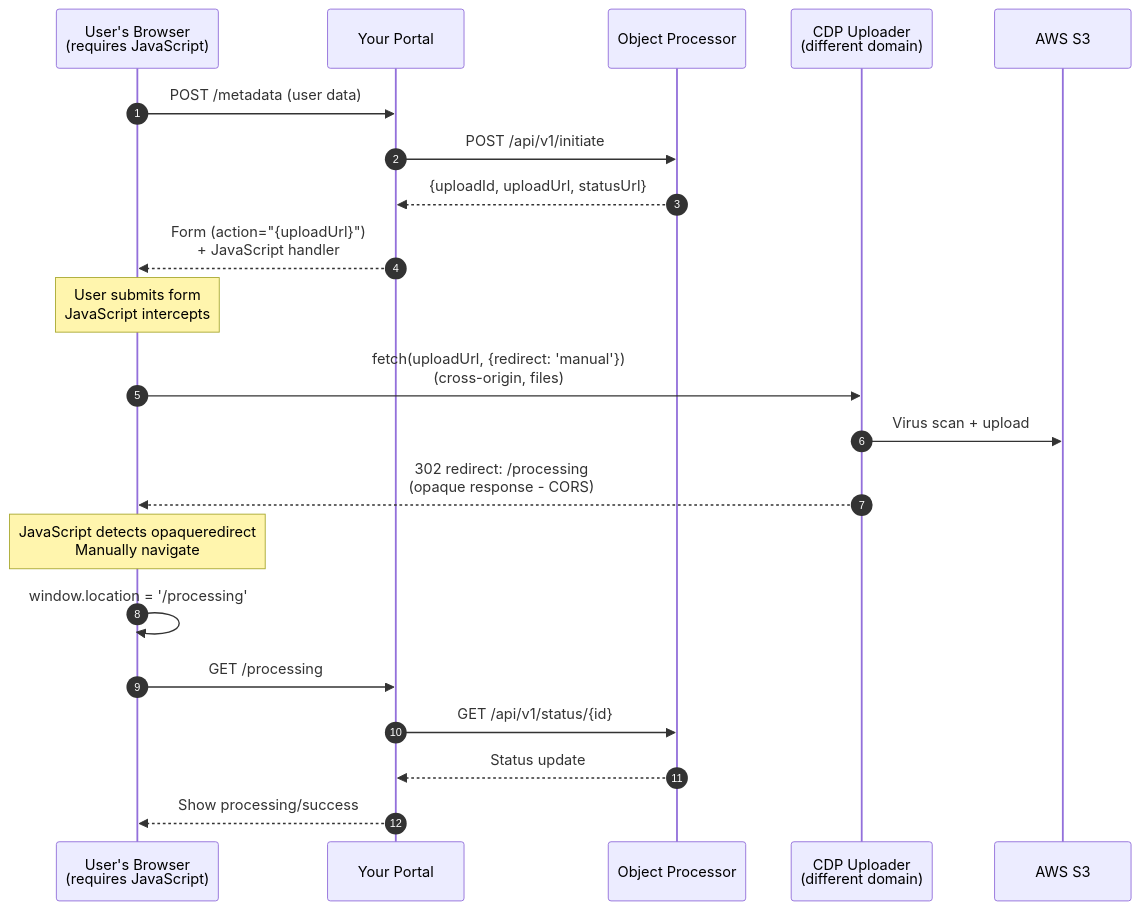
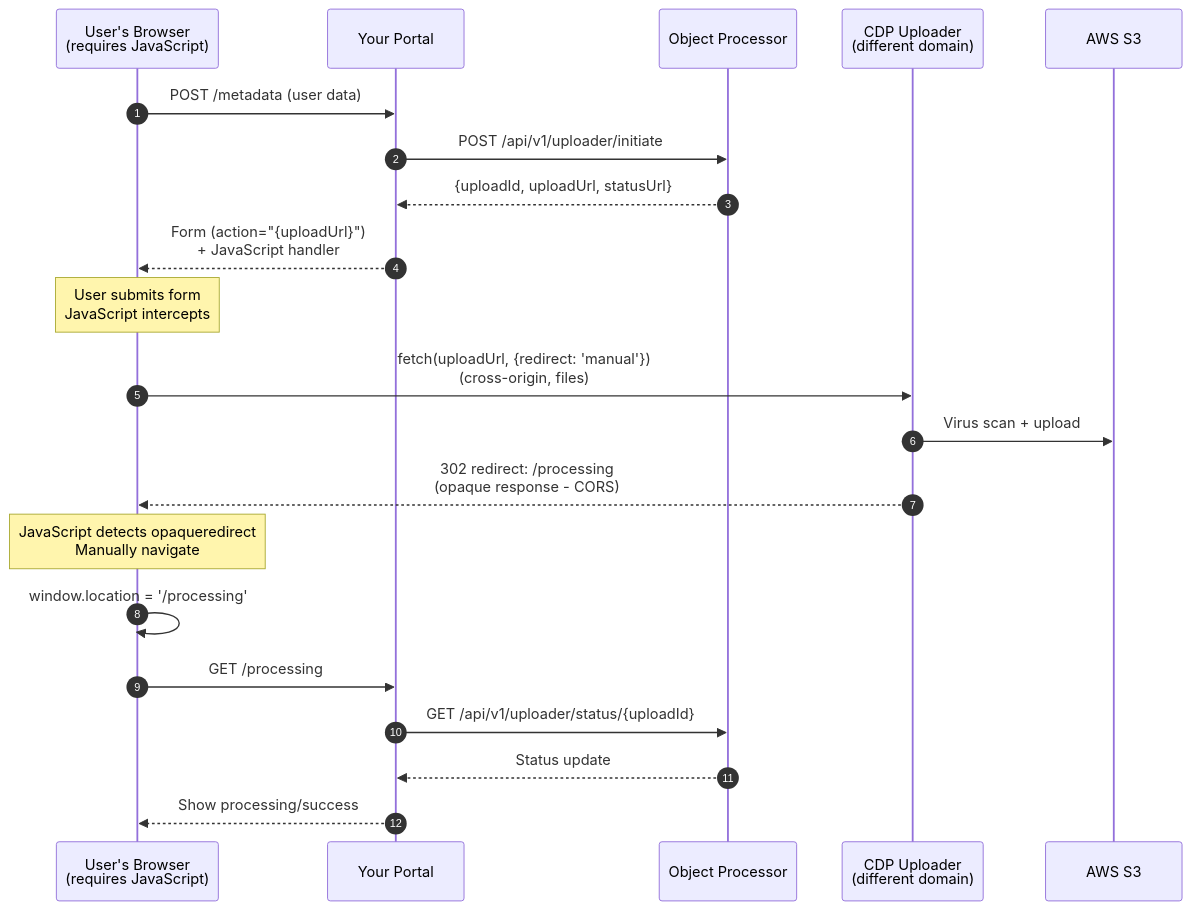
One commit to DEFRA/fcp-sfd-portal-stub changed the third of 3 diagrams in README.md. Above: the diagram before and after it, drawn with Mermaid. The commit also changed other lines of this file and 3 other files, not shown here.

First line of the commit message:
fix: replace stub /api/v1/status/{correlationId} with /api/v1/uploade… (#54)

````diff
--- a/README.md
+++ b/README.md
@@ -393,26 +393,26 @@
 ```mermaid
 sequenceDiagram
     autonumber
     participant Browser as User's Browser<br/>(requires JavaScript)
     participant Portal as Your Portal
     participant Processor as Object Processor
     participant Uploader as CDP Uploader<br/>(different domain)
     participant S3 as AWS S3
 
     Browser->>Portal: POST /metadata (user data)
-    Portal->>Processor: POST /api/v1/initiate
+    Portal->>Processor: POST /api/v1/uploader/initiate
     Processor-->>Portal: {uploadId, uploadUrl, statusUrl}
     Portal-->>Browser: Form (action="{uploadUrl}")<br/>+ JavaScript handler
     
     Note over Browser: User submits form<br/>JavaScript intercepts
     Browser->>Uploader: fetch(uploadUrl, {redirect: 'manual'})<br/>(cross-origin, files)
     Uploader->>S3: Virus scan + upload
     Uploader-->>Browser: 302 redirect: /processing<br/>(opaque response - CORS)
     
     Note over Browser: JavaScript detects opaqueredirect<br/>Manually navigate
     Browser->>Browser: window.location = '/processing'
     Browser->>Portal: GET /processing
-    Portal->>Processor: GET /api/v1/status/{id}
+    Portal->>Processor: GET /api/v1/uploader/status/{uploadId}
     Processor-->>Portal: Status update
     Portal-->>Browser: Show processing/success
 ```
````
